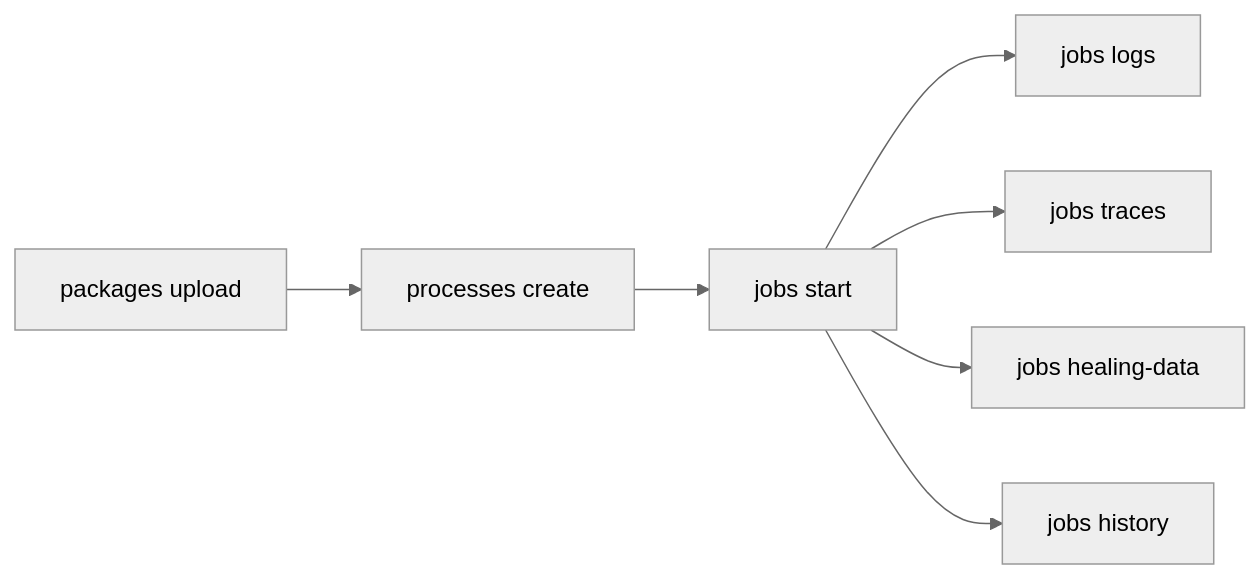
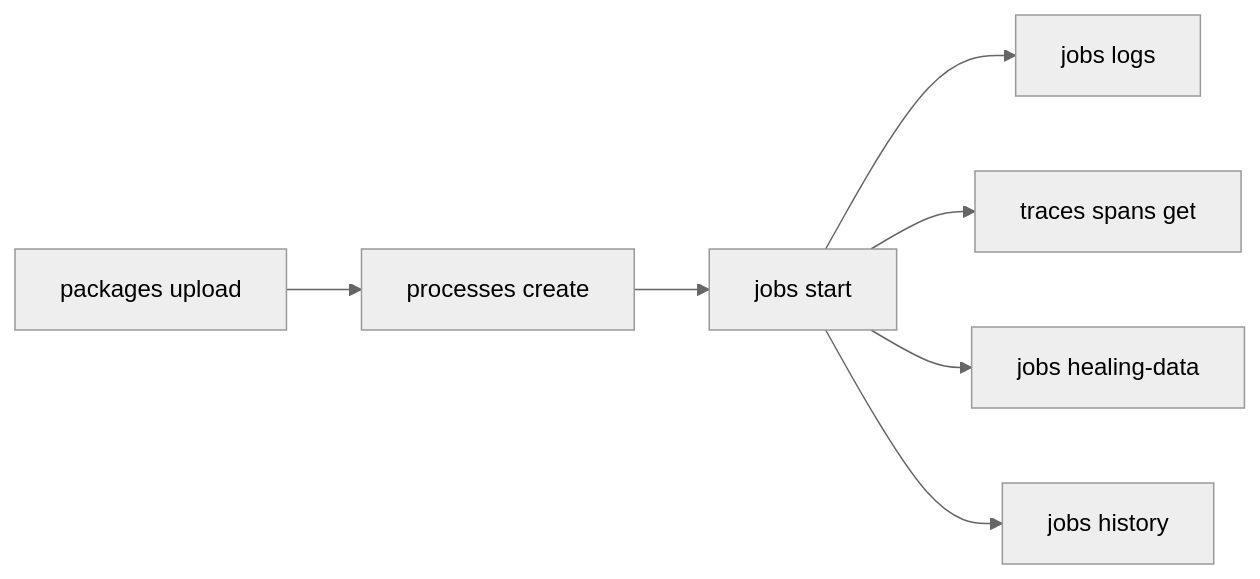
The diagram in skills/uipath-platform/references/orchestrator/run-jobs.md (UiPath/skills), drawn with Mermaid (neutral theme) before and after one commit. The commit also changed other lines of this file and 14 other files, not shown here.

````diff
--- a/skills/uipath-platform/references/orchestrator/run-jobs.md
+++ b/skills/uipath-platform/references/orchestrator/run-jobs.md
@@ -22,9 +22,9 @@
 ```mermaid
 graph LR
     A[packages upload] --> B[processes create]
     B --> C[jobs start]
     C --> D[jobs logs]
-    C --> E[jobs traces]
+    C --> E[traces spans get]
     C --> F[jobs healing-data]
     C --> G[jobs history]
 ```
````
